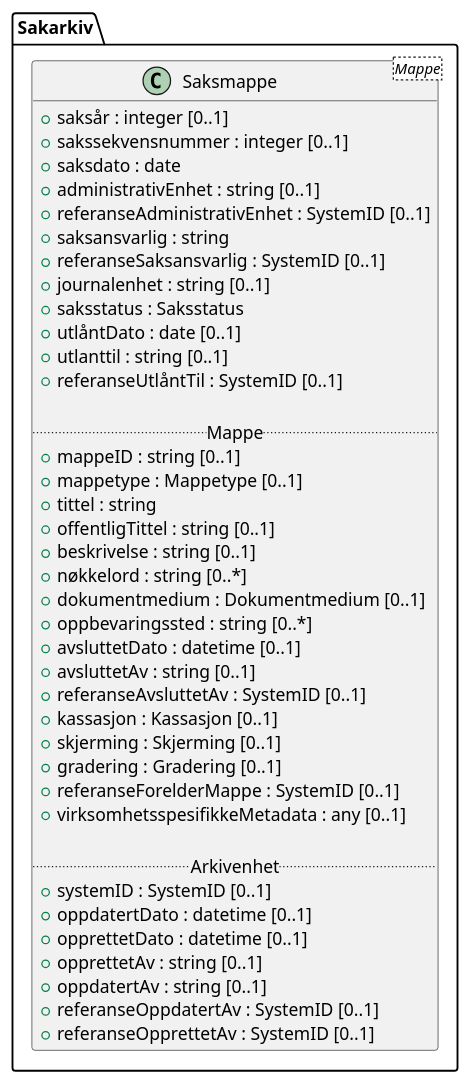
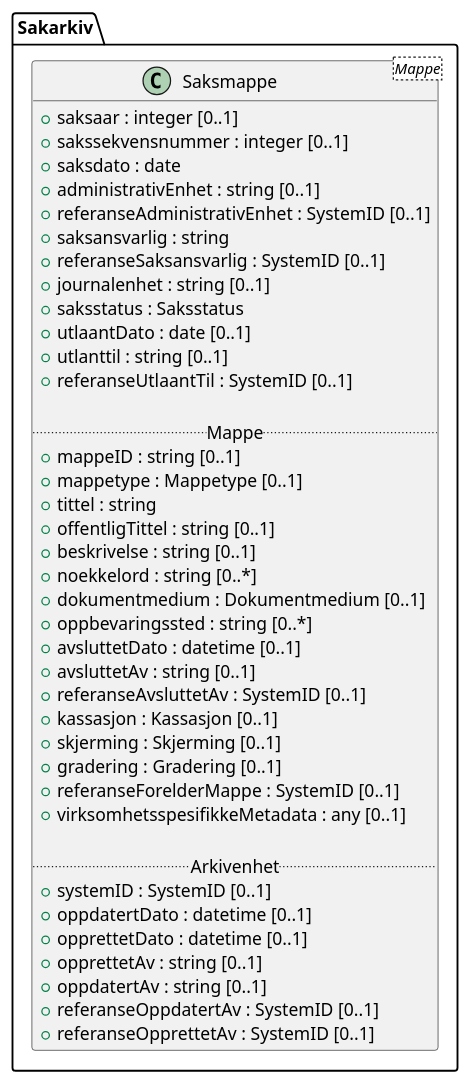
Before and after one commit to arkivverket/noark5-tjenestegrensesnitt-standard: the diagram in kapitler/media/uml-class-saksmappe-all.iuml, drawn with PlantUML. The commit also changed 18 other files, not shown here.

```diff
--- a/kapitler/media/uml-class-saksmappe-all.iuml
+++ b/kapitler/media/uml-class-saksmappe-all.iuml
@@ -1,43 +1,43 @@
 @startuml
 class Sakarkiv.Saksmappe <Mappe> {
-  +saksår : integer [0..1]
+  +saksaar : integer [0..1]
   +sakssekvensnummer : integer [0..1]
   +saksdato : date
   +administrativEnhet : string [0..1]
   +referanseAdministrativEnhet : SystemID [0..1]
   +saksansvarlig : string
   +referanseSaksansvarlig : SystemID [0..1]
   +journalenhet : string [0..1]
   +saksstatus : Saksstatus
-  +utlåntDato : date [0..1]
+  +utlaantDato : date [0..1]
   +utlanttil : string [0..1]
-  +referanseUtlåntTil : SystemID [0..1]
+  +referanseUtlaantTil : SystemID [0..1]
   
   .. Mappe ..
   +mappeID : string [0..1]
   +mappetype : Mappetype [0..1]
   +tittel : string
   +offentligTittel : string [0..1]
   +beskrivelse : string [0..1]
-  +nøkkelord : string [0..*]
+  +noekkelord : string [0..*]
   +dokumentmedium : Dokumentmedium [0..1]
   +oppbevaringssted : string [0..*]
   +avsluttetDato : datetime [0..1]
   +avsluttetAv : string [0..1]
   +referanseAvsluttetAv : SystemID [0..1]
   +kassasjon : Kassasjon [0..1]
   +skjerming : Skjerming [0..1]
   +gradering : Gradering [0..1]
   +referanseForelderMappe : SystemID [0..1]
   +virksomhetsspesifikkeMetadata : any [0..1]
   
   .. Arkivenhet ..
   +systemID : SystemID [0..1]
   +oppdatertDato : datetime [0..1]
   +opprettetDato : datetime [0..1]
   +opprettetAv : string [0..1]
   +oppdatertAv : string [0..1]
   +referanseOppdatertAv : SystemID [0..1]
   +referanseOpprettetAv : SystemID [0..1]
 }
 @enduml
```
